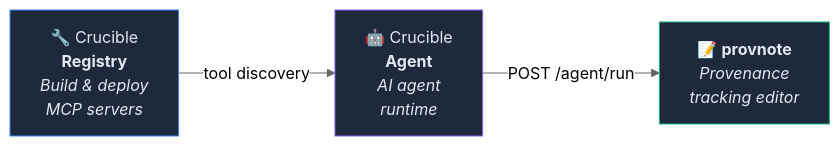
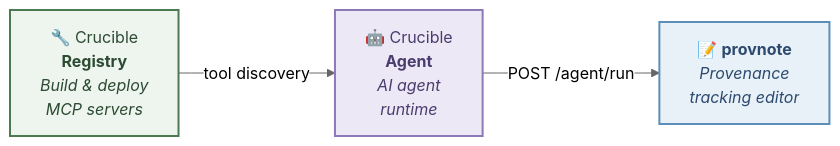
One commit to kumagallium/Crucible changed the second of 2 diagrams in README.md. Above: the diagram before and after it, drawn with Mermaid (neutral theme). The commit also changed other lines of this file and 2 other files, not shown here.

First line of the commit message:
[docs] Replace all ASCII diagrams with themed mermaid graphs

````diff
--- a/README.md
+++ b/README.md
@@ -183,13 +188,13 @@
 ```mermaid
 graph LR
     Registry["🔧 Crucible<br/><b>Registry</b><br/><i>Build & deploy<br/>MCP servers</i>"]
     Agent["🤖 Crucible<br/><b>Agent</b><br/><i>AI agent<br/>runtime</i>"]
     provnote["📝 <b>provnote</b><br/><i>Provenance<br/>tracking editor</i>"]
 
     Registry -- "tool discovery" --> Agent
     Agent -- "POST /agent/run" --> provnote
 
-    style Registry fill:#1e293b,stroke:#3b82f6,color:#e2e8f0
-    style Agent fill:#1e293b,stroke:#8b5cf6,color:#e2e8f0
-    style provnote fill:#1e293b,stroke:#10b981,color:#e2e8f0
+    style Registry fill:#edf5ee,stroke:#4B7A52,stroke-width:2px,color:#2d4a32
+    style Agent fill:#ede8f5,stroke:#8b7ab5,stroke-width:2px,color:#4a3d6e
+    style provnote fill:#e8f0f8,stroke:#5b8fb9,stroke-width:2px,color:#2d4a6e
 ```
````
